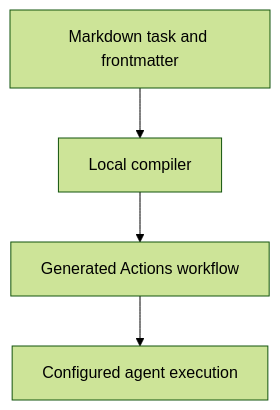
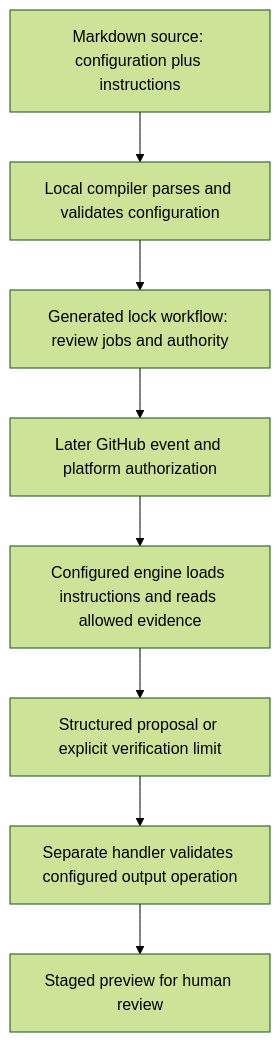
The diagram in docs/lessons/0043-agentic-markdown-and-compiled-workflows.md (Rohit1024/actions-learn), drawn with Mermaid (forest theme) before and after one commit. The commit also changed other lines of this file and 206 other files, not shown here.

````diff
--- a/docs/lessons/0043-agentic-markdown-and-compiled-workflows.md
+++ b/docs/lessons/0043-agentic-markdown-and-compiled-workflows.md
@@ -51,10 +24,10 @@
 ```mermaid
 flowchart TD
-    N0["Markdown task and frontmatter"]
-    N1["Local compiler"]
-    N0 --> N1
-    N2["Generated Actions workflow"]
-    N1 --> N2
-    N3["Configured agent execution"]
-    N2 --> N3
+    Source["Markdown source: configuration plus instructions"] --> Compile["Local compiler parses and validates configuration"]
+    Compile --> Lock["Generated lock workflow: review jobs and authority"]
+    Lock --> Admission["Later GitHub event and platform authorization"]
+    Admission --> Runtime["Configured engine loads instructions and reads allowed evidence"]
+    Runtime --> Proposal["Structured proposal or explicit verification limit"]
+    Proposal --> Handler["Separate handler validates configured output operation"]
+    Handler --> Preview["Staged preview for human review"]
 ```
````
